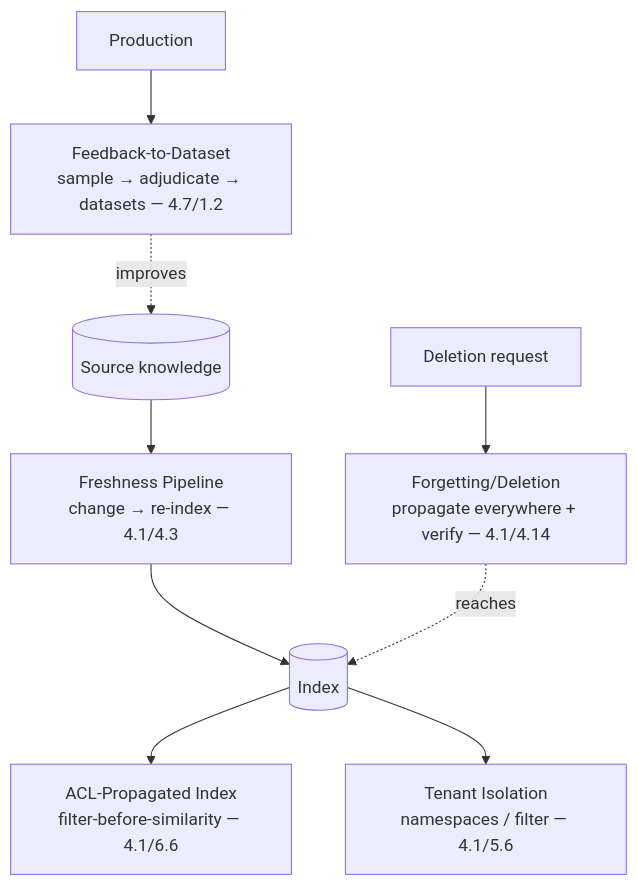
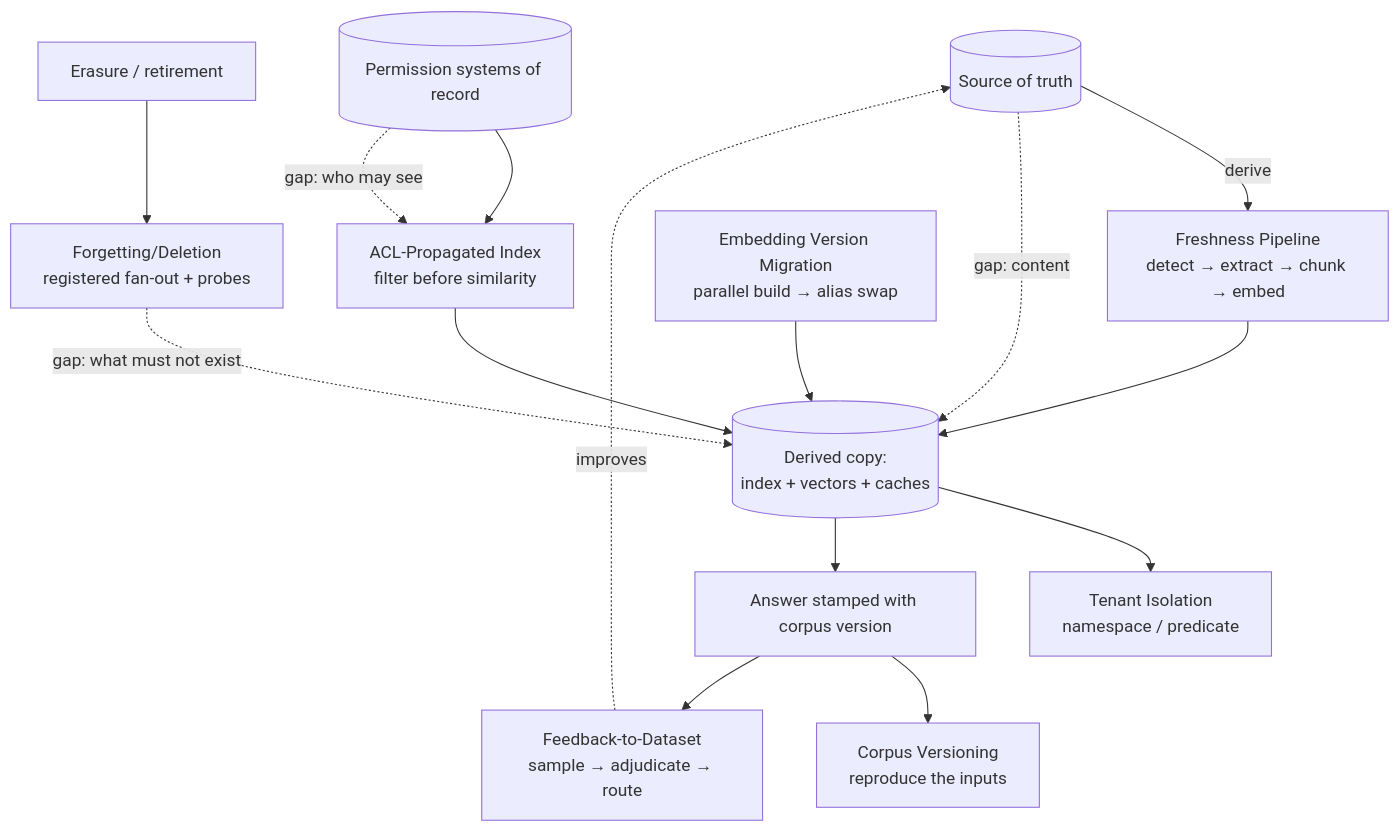
Before and after one commit to sivakrushna-works/GSAC: the diagram in curriculum/part-7-enterprise-ai-architecture-patterns/chapter-07-knowledge-data-patterns.md, drawn with Mermaid. The commit also changed other lines of this file and 11 other files, not shown here.

````diff
--- a/curriculum/part-7-enterprise-ai-architecture-patterns/chapter-07-knowledge-data-patterns.md
+++ b/curriculum/part-7-enterprise-ai-architecture-patterns/chapter-07-knowledge-data-patterns.md
@@ -89,11 +117,17 @@
 ```mermaid
 flowchart TD
-    SOURCE[(Source knowledge)] --> FRESH[Freshness Pipeline<br/>change → re-index — 4.1/4.3]
-    FRESH --> INDEX[(Index)]
-    INDEX --> ACL[ACL-Propagated Index<br/>filter-before-similarity — 4.1/6.6]
-    INDEX --> TENANT[Tenant Isolation<br/>namespaces / filter — 4.1/5.6]
-    DELETE[Deletion request] --> FORGET[Forgetting/Deletion<br/>propagate everywhere + verify — 4.1/4.14]
-    FORGET -.reaches.-> INDEX
-    PROD[Production] --> FEEDBACK[Feedback-to-Dataset<br/>sample → adjudicate → datasets — 4.7/1.2]
-    FEEDBACK -.improves.-> SOURCE
+    SRC[(Source of truth)] -->|derive| PIPE[Freshness Pipeline<br/>detect → extract → chunk → embed]
+    PIPE --> IDX[(Derived copy:<br/>index + vectors + caches)]
+    SRC -. "gap: content" .-> IDX
+    ACLSRC[(Permission systems of record)] --> ACLP[ACL-Propagated Index<br/>filter before similarity]
+    ACLSRC -. "gap: who may see" .-> ACLP
+    ACLP --> IDX
+    DEL[Erasure / retirement] --> FORGET[Forgetting/Deletion<br/>registered fan-out + probes]
+    FORGET -. "gap: what must not exist" .-> IDX
+    EMB[Embedding Version Migration<br/>parallel build → alias swap] --> IDX
+    IDX --> TEN[Tenant Isolation<br/>namespace / predicate]
+    IDX --> ANS[Answer stamped with corpus version]
+    ANS --> CV[Corpus Versioning<br/>reproduce the inputs]
+    ANS --> FB[Feedback-to-Dataset<br/>sample → adjudicate → route]
+    FB -. improves .-> SRC
 ```
````
